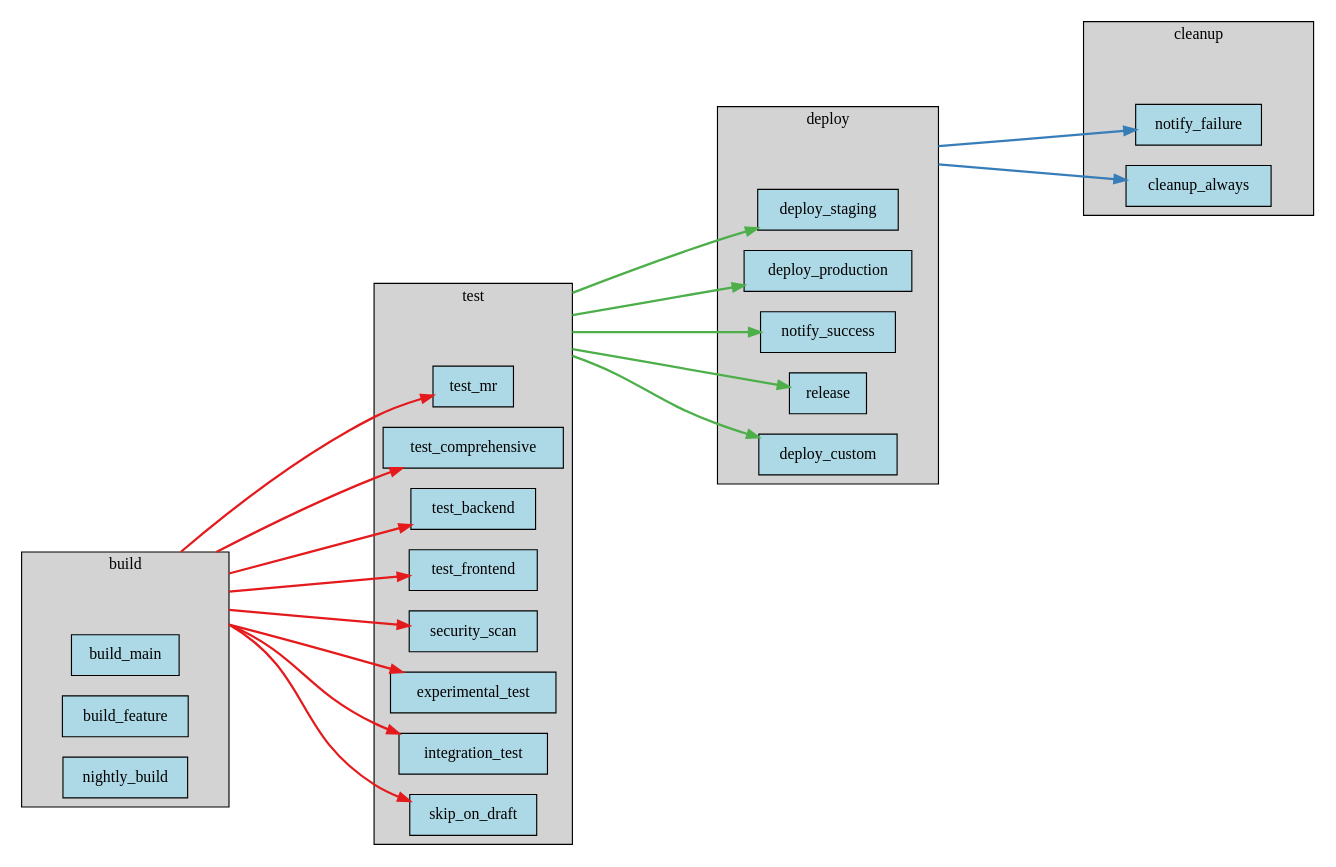
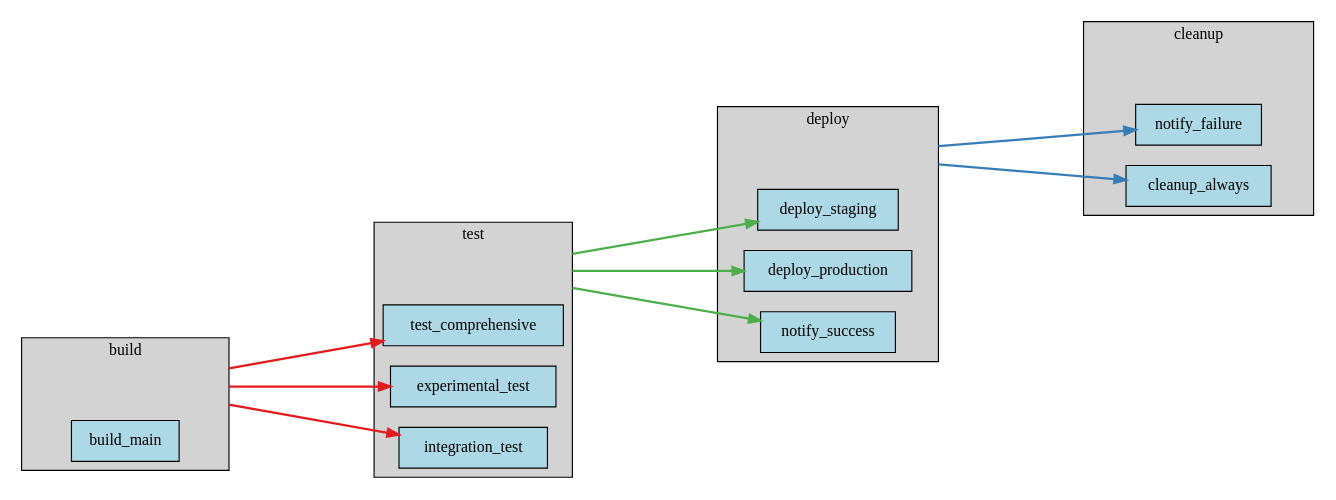
One commit to eisbaw/gitlab_local_ci changed the diagram in test_ci_projects/proj8.output_reference/dag.dot. Above: the diagram before and after it, drawn with Graphviz. The commit also changed 14 other files, not shown here.

```diff
--- a/test_ci_projects/proj8.output_reference/dag.dot
+++ b/test_ci_projects/proj8.output_reference/dag.dot
@@ -1,76 +1,60 @@
 digraph pipeline {
   rankdir="LR";
   ranksep=2;
   compound=true;
   node [shape=box, style=filled, fillcolor=lightblue];
 
   subgraph cluster_build {
     label="build";
     style=filled;
     fillcolor=lightgrey;
 
     __stage_anchor_build [style=invis, width=0, height=0];
 
     build_main [label="build_main", tooltip="---\nstage: build\nscript:\n- echo \"Building on main branch\"\n- echo \"Build artifacts created\"\nrules:\n- if: $CI_COMMIT_BRANCH == \"main\"\n"];
-    build_feature [label="build_feature", tooltip="---\nstage: build\nscript:\n- echo \"Building feature branch: $CI_COMMIT_BRANCH\"\n- echo \"Feature build completed\"\nrules:\n- if: $CI_COMMIT_BRANCH != \"main\"\n"];
-    nightly_build [label="nightly_build", tooltip="---\nstage: build\nscript:\n- echo \"Running nightly build\"\n- echo \"Nightly build completed\"\nrules:\n- if: $CI_PIPELINE_SOURCE == \"schedule\"\n"];
   }
 
   subgraph cluster_test {
     label="test";
     style=filled;
     fillcolor=lightgrey;
 
     __stage_anchor_test [style=invis, width=0, height=0];
 
-    test_mr [label="test_mr", tooltip="---\nstage: test\nscript:\n- echo \"Running tests for merge request\"\n- echo \"MR pipeline ID: $CI_MERGE_REQUEST_IID\"\n- echo \"Source branch: $CI_MERGE_REQUEST_SOURCE_BRANCH_NAME\"\n- echo \"Target branch: $CI_MERGE_REQUEST_TARGET_BRANCH_NAME\"\nrules:\n- if: $CI_PIPELINE_SOURCE == \"merge_request_event\"\n"];
     test_comprehensive [label="test_comprehensive", tooltip="---\nstage: test\nscript:\n- echo \"Running comprehensive tests\"\n- echo \"Test suite completed\"\nrules:\n- if: $CI_COMMIT_BRANCH == \"main\"\n- if: $CI_COMMIT_BRANCH == \"develop\"\n- if: $CI_PIPELINE_SOURCE == \"merge_request_event\"\n"];
-    test_backend [label="test_backend", tooltip="---\nstage: test\nscript:\n- echo \"Running backend tests\"\n- echo \"Backend tests passed\"\nrules:\n- if: $CI_PIPELINE_SOURCE == \"merge_request_event\"\n  changes:\n  - \"**/*.rb\"\n  - \"**/*.py\"\n  - \"**/*.go\"\n"];
-    test_frontend [label="test_frontend", tooltip="---\nstage: test\nscript:\n- echo \"Running frontend tests\"\n- echo \"Frontend tests passed\"\nrules:\n- if: $CI_PIPELINE_SOURCE == \"merge_request_event\"\n  changes:\n  - \"**/*.js\"\n  - \"**/*.jsx\"\n  - \"**/*.ts\"\n  - \"**/*.tsx\"\n  - \"**/*.vue\"\n"];
-    security_scan [label="security_scan", tooltip="---\nstage: test\nscript:\n- echo \"Running security scan\"\n- echo \"Security scan completed\"\nrules:\n- if: $CI_COMMIT_BRANCH == \"main\"\n  exists:\n  - Dockerfile\n  - \"**/*.dockerfile\"\n- if: $CI_PIPELINE_SOURCE == \"merge_request_event\"\n  exists:\n  - Dockerfile\n"];
-    experimental_test [label="experimental_test", tooltip="---\nstage: test\nscript:\n- echo \"Running experimental tests\"\n- echo \"This may fail without blocking pipeline\"\nrules:\n- if: \"$CI_COMMIT_BRANCH\"\n  when: manual\n  allow_failure: true\n"];
+    experimental_test [label="experimental_test", tooltip="---\nstage: test\nscript:\n- echo \"Running experimental tests\"\n- echo \"This may fail without blocking pipeline\"\nrules:\n- if: \"$CI_COMMIT_BRANCH\"\n  when: manual\n  allow_failure: true\nallow_failure: true\nwhen: manual\n"];
     integration_test [label="integration_test", tooltip="---\nstage: test\nscript:\n- echo \"Running integration tests\"\n- echo \"Integration tests completed\"\nrules:\n- if: $CI_COMMIT_BRANCH == \"main\" && $CI_PIPELINE_SOURCE != \"schedule\"\n- if: $CI_PIPELINE_SOURCE == \"merge_request_event\" && $CI_MERGE_REQUEST_TARGET_BRANCH_NAME\n    == \"main\"\n"];
-    skip_on_draft [label="skip_on_draft", tooltip="---\nstage: test\nscript:\n- echo \"Running full test suite\"\n- echo \"Tests completed\"\nrules:\n- if: \"$CI_MERGE_REQUEST_TITLE =~ /^(Draft|WIP):/\"\n  when: never\n- if: $CI_PIPELINE_SOURCE == \"merge_request_event\"\n"];
   }
 
   subgraph cluster_deploy {
     label="deploy";
     style=filled;
     fillcolor=lightgrey;
 
     __stage_anchor_deploy [style=invis, width=0, height=0];
 
-    deploy_staging [label="deploy_staging", tooltip="---\nstage: deploy\nscript:\n- echo \"Deploying to staging environment\"\n- echo \"Deployment completed to: $DEPLOY_ENV\"\nrules:\n- if: \"$CI_COMMIT_BRANCH\"\n  when: manual\nenvironment:\n  name: staging\n"];
-    deploy_production [label="deploy_production", tooltip="---\nstage: deploy\nscript:\n- echo \"Deploying to production\"\n- echo \"Production deployment completed\"\nrules:\n- if: $CI_COMMIT_BRANCH == \"main\"\n  when: manual\n- if: \"$CI_COMMIT_TAG\"\n  when: on_success\nenvironment:\n  name: production\n"];
-    notify_success [label="notify_success", tooltip="---\nstage: deploy\nscript:\n- echo \"All tests passed, sending success notification\"\n- echo \"Notification sent to team\"\nrules:\n- if: $CI_COMMIT_BRANCH == \"main\"\n  when: on_success\n"];
-    release [label="release", tooltip="---\nstage: deploy\nscript:\n- echo \"Creating release for tag: $CI_COMMIT_TAG\"\n- echo \"Release artifacts generated\"\nrules:\n- if: \"$CI_COMMIT_TAG\"\n"];
-    deploy_custom [label="deploy_custom", tooltip="---\nstage: deploy\nscript:\n- echo \"Deploying to custom environment: $CUSTOM_ENV\"\nrules:\n- if: \"$CUSTOM_ENV != null\"\n  when: manual\n"];
+    deploy_staging [label="deploy_staging", tooltip="---\nstage: deploy\nscript:\n- echo \"Deploying to staging environment\"\n- echo \"Deployment completed to: $DEPLOY_ENV\"\nrules:\n- if: \"$CI_COMMIT_BRANCH\"\n  when: manual\nenvironment:\n  name: staging\nwhen: manual\n"];
+    deploy_production [label="deploy_production", tooltip="---\nstage: deploy\nscript:\n- echo \"Deploying to production\"\n- echo \"Production deployment completed\"\nrules:\n- if: $CI_COMMIT_BRANCH == \"main\"\n  when: manual\n- if: \"$CI_COMMIT_TAG\"\n  when: on_success\nenvironment:\n  name: production\nwhen: manual\n"];
+    notify_success [label="notify_success", tooltip="---\nstage: deploy\nscript:\n- echo \"All tests passed, sending success notification\"\n- echo \"Notification sent to team\"\nrules:\n- if: $CI_COMMIT_BRANCH == \"main\"\n  when: on_success\nwhen: on_success\n"];
   }
 
   subgraph cluster_cleanup {
     label="cleanup";
     style=filled;
     fillcolor=lightgrey;
 
     __stage_anchor_cleanup [style=invis, width=0, height=0];
 
-    notify_failure [label="notify_failure", tooltip="---\nstage: cleanup\nscript:\n- echo \"Pipeline failed, sending failure notification\"\n- echo \"Failure details sent to team\"\nrules:\n- if: $CI_COMMIT_BRANCH == \"main\"\n  when: on_failure\n"];
-    cleanup_always [label="cleanup_always", tooltip="---\nstage: cleanup\nscript:\n- echo \"Performing cleanup operations\"\n- echo \"Temporary files removed\"\n- echo \"Resources released\"\nrules:\n- if: \"$CI_COMMIT_BRANCH\"\n  when: always\n"];
+    notify_failure [label="notify_failure", tooltip="---\nstage: cleanup\nscript:\n- echo \"Pipeline failed, sending failure notification\"\n- echo \"Failure details sent to team\"\nrules:\n- if: $CI_COMMIT_BRANCH == \"main\"\n  when: on_failure\nwhen: on_failure\n"];
+    cleanup_always [label="cleanup_always", tooltip="---\nstage: cleanup\nscript:\n- echo \"Performing cleanup operations\"\n- echo \"Temporary files removed\"\n- echo \"Resources released\"\nrules:\n- if: \"$CI_COMMIT_BRANCH\"\n  when: always\nwhen: always\n"];
   }
 
-  __stage_anchor_build -> test_mr [ltail=cluster_build, style=bold, color="#E41A1C"];
   __stage_anchor_build -> test_comprehensive [ltail=cluster_build, style=bold, color="#E41A1C"];
-  __stage_anchor_build -> test_backend [ltail=cluster_build, style=bold, color="#E41A1C"];
-  __stage_anchor_build -> test_frontend [ltail=cluster_build, style=bold, color="#E41A1C"];
   __stage_anchor_test -> deploy_staging [ltail=cluster_test, style=bold, color="#4DAF4A"];
   __stage_anchor_test -> deploy_production [ltail=cluster_test, style=bold, color="#4DAF4A"];
   __stage_anchor_test -> notify_success [ltail=cluster_test, style=bold, color="#4DAF4A"];
   __stage_anchor_deploy -> notify_failure [ltail=cluster_deploy, style=bold, color="#377EB8"];
   __stage_anchor_deploy -> cleanup_always [ltail=cluster_deploy, style=bold, color="#377EB8"];
-  __stage_anchor_build -> security_scan [ltail=cluster_build, style=bold, color="#E41A1C"];
-  __stage_anchor_test -> release [ltail=cluster_test, style=bold, color="#4DAF4A"];
   __stage_anchor_build -> experimental_test [ltail=cluster_build, style=bold, color="#E41A1C"];
-  __stage_anchor_test -> deploy_custom [ltail=cluster_test, style=bold, color="#4DAF4A"];
   __stage_anchor_build -> integration_test [ltail=cluster_build, style=bold, color="#E41A1C"];
-  __stage_anchor_build -> skip_on_draft [ltail=cluster_build, style=bold, color="#E41A1C"];
 }
```
